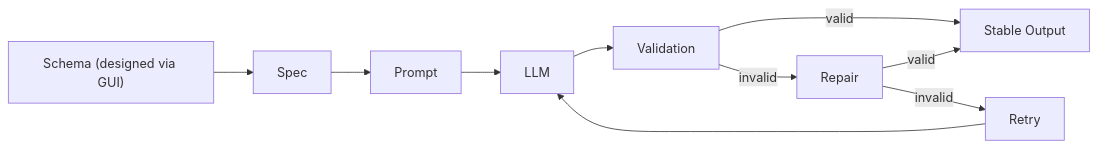
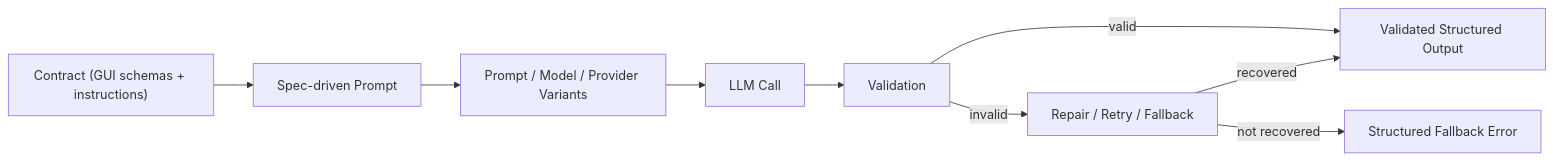
One commit to yanzai-4/Contrix changed the diagram in README.md. Above: the diagram before and after it, drawn with Mermaid. The commit also changed other lines of this file, not shown here.

````diff
--- a/README.md
+++ b/README.md
@@ -70,12 +74,11 @@
 ```mermaid
 flowchart LR
-  A["Schema (designed via GUI)"] --> B["Spec"]
-  B --> C["Prompt"]
-  C --> D["LLM"]
+  A["Contract (GUI schemas + instructions)"] --> B["Spec-driven Prompt"]
+  B --> C["Prompt / Model / Provider Variants"]
+  C --> D["LLM Call"]
   D --> E["Validation"]
-  E -->|valid| H["Stable Output"]
-  E -->|invalid| F["Repair"]
-  F -->|valid| H
-  F -->|invalid| G["Retry"]
-  G --> D
+  E -->|valid| H["Validated Structured Output"]
+  E -->|invalid| F["Repair / Retry / Fallback"]
+  F -->|recovered| H
+  F -->|not recovered| I["Structured Fallback Error"]
 ```
````
